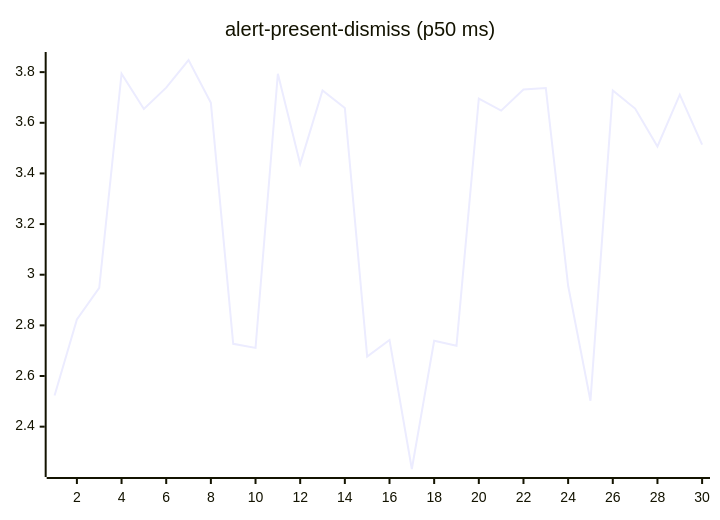
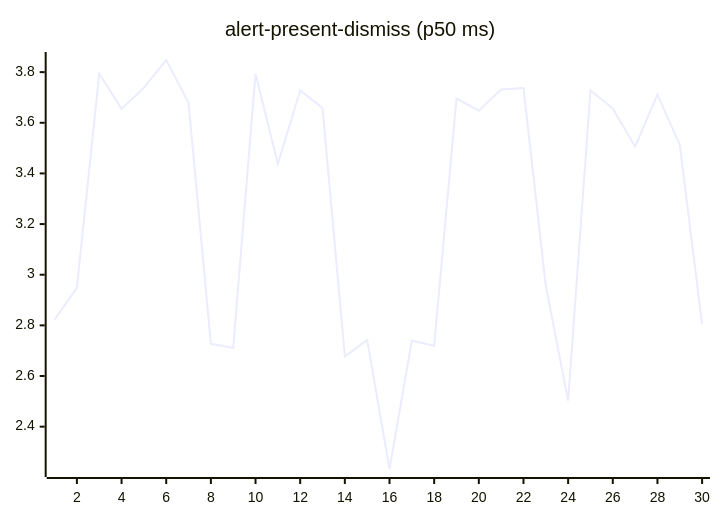
One commit to josha/Facet changed the second of 27 diagrams in README.md. Above: the diagram before and after it, drawn with Mermaid. The commit also changed other lines of this file and 2 other files, not shown here.

````diff
--- a/README.md
+++ b/README.md
@@ -70,6 +70,6 @@
 ```mermaid
 xychart-beta
     title "alert-present-dismiss (p50 ms)"
     x-axis 1 --> 30
-    line [2.5229, 2.8233, 2.9484, 3.7942, 3.6546, 3.7386, 3.8479, 3.6788, 2.7270, 2.7111, 3.7936, 3.4376, 3.7274, 3.6582, 2.6769, 2.7425, 2.2328, 2.7393, 2.7195, 3.6955, 3.6480, 3.7318, 3.7373, 2.9562, 2.5024, 3.7273, 3.6562, 3.5064, 3.7112, 3.5136]
+    line [2.8233, 2.9484, 3.7942, 3.6546, 3.7386, 3.8479, 3.6788, 2.7270, 2.7111, 3.7936, 3.4376, 3.7274, 3.6582, 2.6769, 2.7425, 2.2328, 2.7393, 2.7195, 3.6955, 3.6480, 3.7318, 3.7373, 2.9562, 2.5024, 3.7273, 3.6562, 3.5064, 3.7112, 3.5136, 2.8044]
 ```
````
